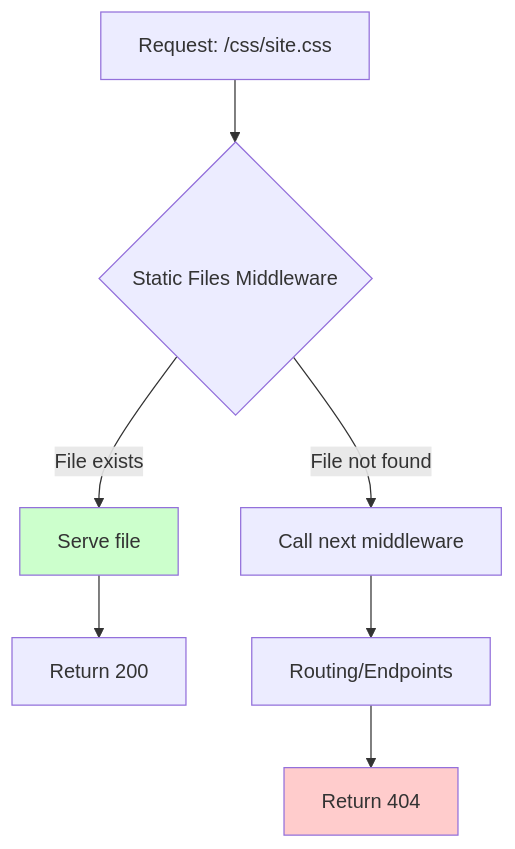
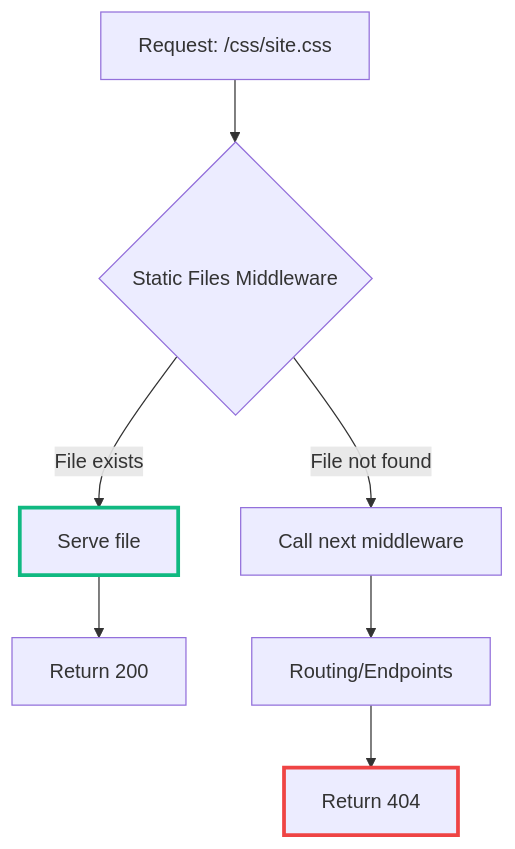
Before and after one commit to Shaddix/mostlylucidweb: the fourth of 6 diagrams in Mostlylucid/Markdown/ASPNET-PIPELINE-PART3-MIDDLEWARE.md, drawn with Mermaid. The commit also changed 11 other files, not shown here.

First line of the commit message:
update: replace background fills with stroke styling in Mermaid diagrams

````diff
--- a/Mostlylucid/Markdown/ASPNET-PIPELINE-PART3-MIDDLEWARE.md
+++ b/Mostlylucid/Markdown/ASPNET-PIPELINE-PART3-MIDDLEWARE.md
@@ -427,12 +427,12 @@
 ```mermaid
 graph TD
     A[Request: /css/site.css] --> B{Static Files Middleware}
     B -->|File exists| C[Serve file]
     C --> D[Return 200]
     B -->|File not found| E[Call next middleware]
     E --> F[Routing/Endpoints]
     F --> G[Return 404]
 
-    style C fill:#ccffcc
-    style G fill:#ffcccc
+    style C stroke:#10b981,stroke-width:3px
+    style G stroke:#ef4444,stroke-width:3px
 ```
````
